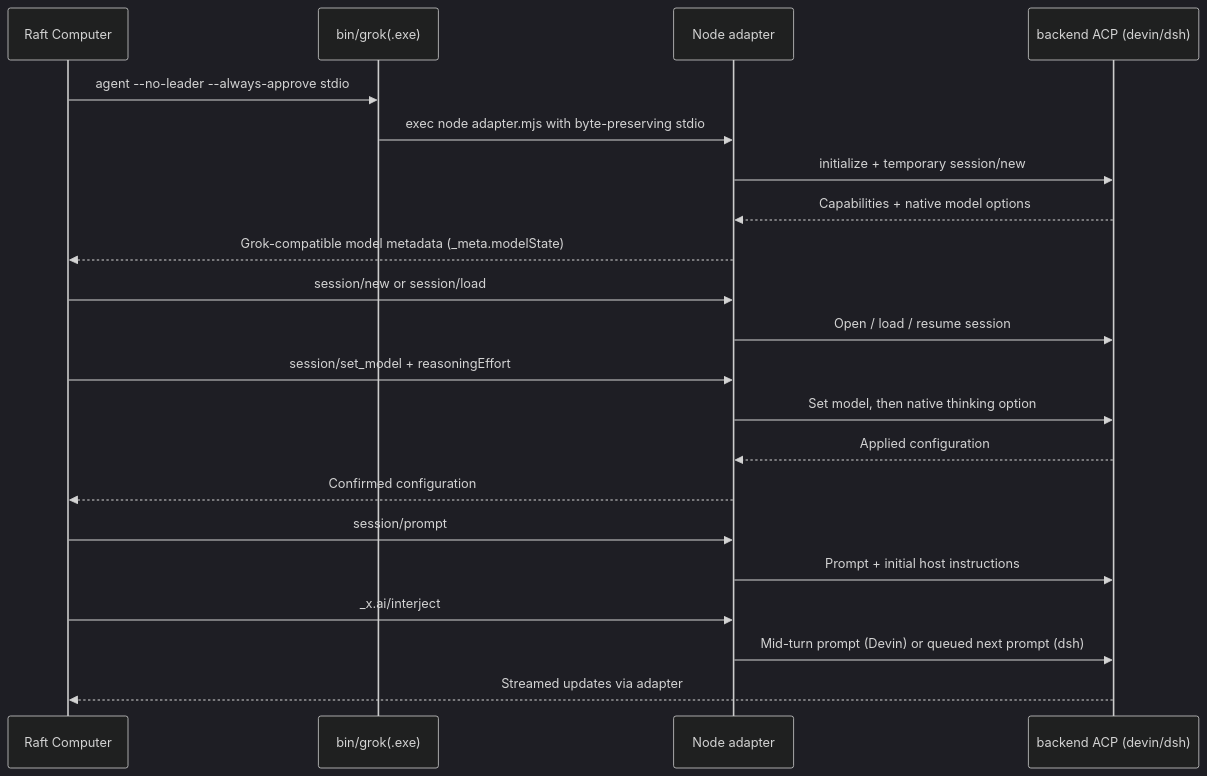
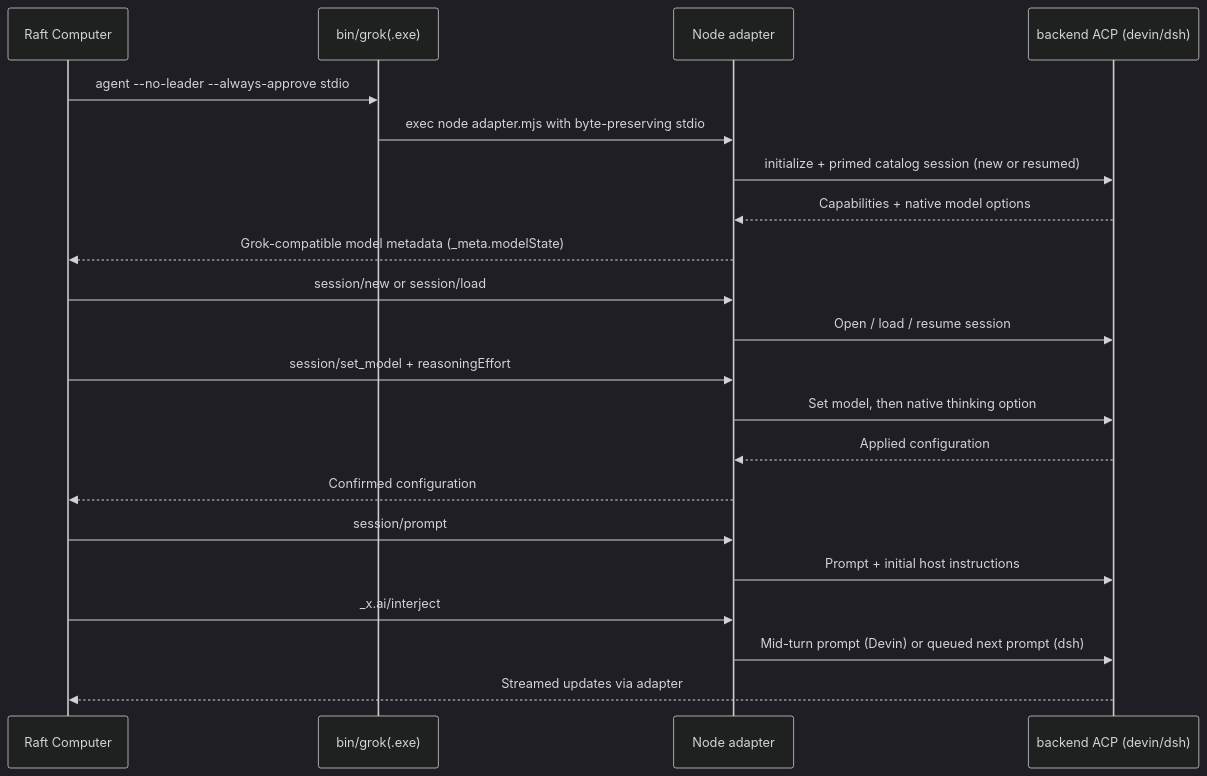
The diagram in docs/architecture.md (CST18057/raft-agent-adapter), drawn with Mermaid (dark theme) before and after one commit. The commit also changed other lines of this file and 5 other files, not shown here.

First line of the commit message:
docs: align README, architecture and compatibility with the 0.3.0 state

````diff
--- a/docs/architecture.md
+++ b/docs/architecture.md
@@ -5,23 +5,23 @@
 ```mermaid
 sequenceDiagram
     participant R as Raft Computer
     participant L as bin/grok(.exe)
     participant A as Node adapter
     participant D as backend ACP (devin/dsh)
     R->>L: agent --no-leader --always-approve stdio
     L->>A: exec node adapter.mjs with byte-preserving stdio
-    A->>D: initialize + temporary session/new
+    A->>D: initialize + primed catalog session (new or resumed)
     D-->>A: Capabilities + native model options
     A-->>R: Grok-compatible model metadata (_meta.modelState)
     R->>A: session/new or session/load
     A->>D: Open / load / resume session
     R->>A: session/set_model + reasoningEffort
     A->>D: Set model, then native thinking option
     D-->>A: Applied configuration
     A-->>R: Confirmed configuration
     R->>A: session/prompt
     A->>D: Prompt + initial host instructions
     R->>A: _x.ai/interject
     A->>D: Mid-turn prompt (Devin) or queued next prompt (dsh)
     D-->>R: Streamed updates via adapter
 ```
````
